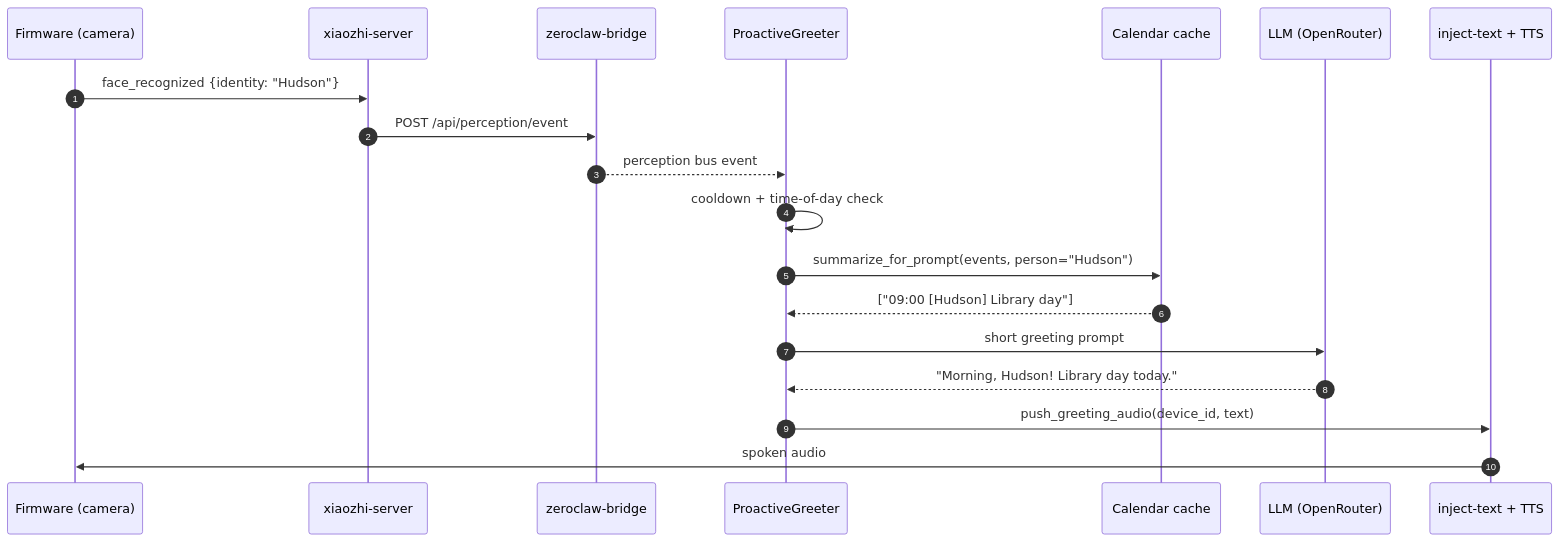
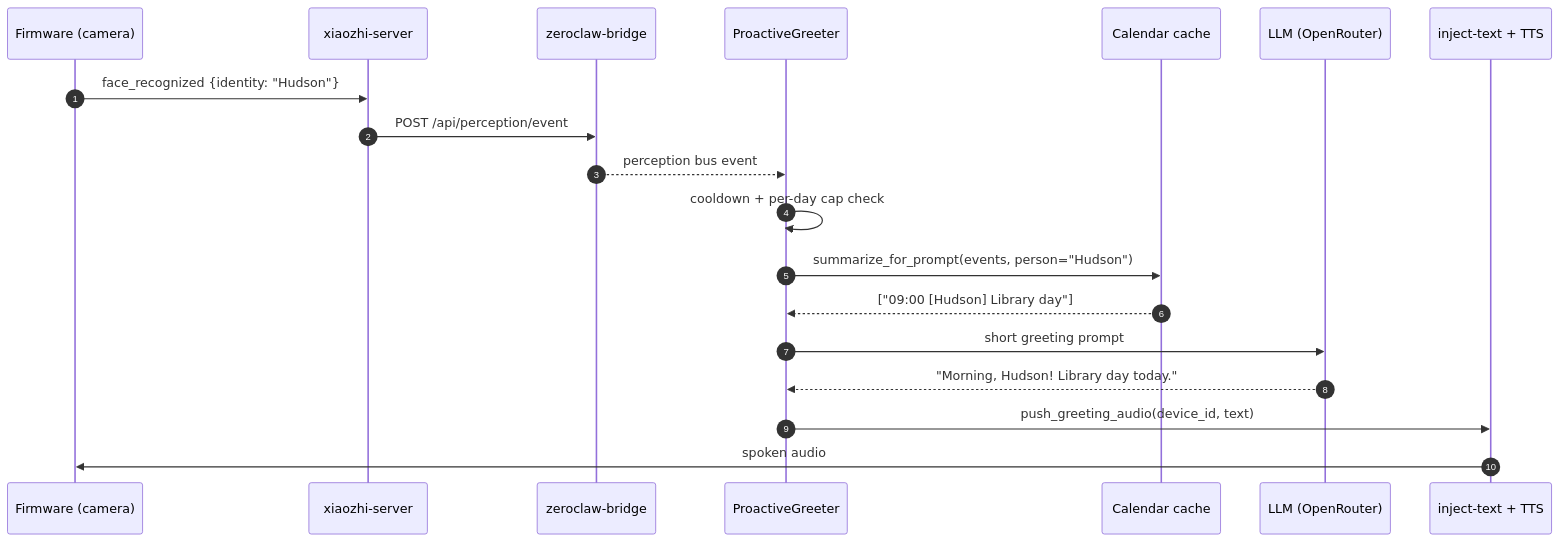
One commit to BrettKinny/dotty-stackchan changed the diagram in docs/proactive-greetings.md. Above: the diagram before and after it, drawn with Mermaid. The commit also changed other lines of this file and 3 other files, not shown here.

First line of the commit message:
proactive_greeter: remove time-of-day window gate

````diff
--- a/docs/proactive-greetings.md
+++ b/docs/proactive-greetings.md
@@ -22,22 +27,22 @@
 ```mermaid
 sequenceDiagram
     autonumber
     participant FW as Firmware (camera)
     participant XZ as xiaozhi-server
     participant BR as zeroclaw-bridge
     participant PG as ProactiveGreeter
     participant CAL as Calendar cache
     participant LLM as LLM (OpenRouter)
     participant TTS as inject-text + TTS
 
     FW->>XZ: face_recognized {identity: "Hudson"}
     XZ->>BR: POST /api/perception/event
     BR-->>PG: perception bus event
-    PG->>PG: cooldown + time-of-day check
+    PG->>PG: cooldown + per-day cap check
     PG->>CAL: summarize_for_prompt(events, person="Hudson")
     CAL-->>PG: ["09:00 [Hudson] Library day"]
     PG->>LLM: short greeting prompt
     LLM-->>PG: "Morning, Hudson! Library day today."
     PG->>TTS: push_greeting_audio(device_id, text)
     TTS->>FW: spoken audio
 ```
````
